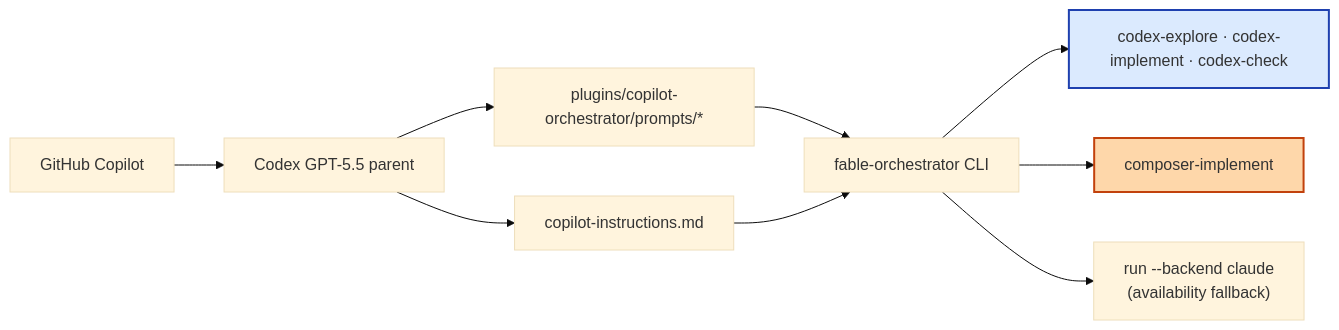
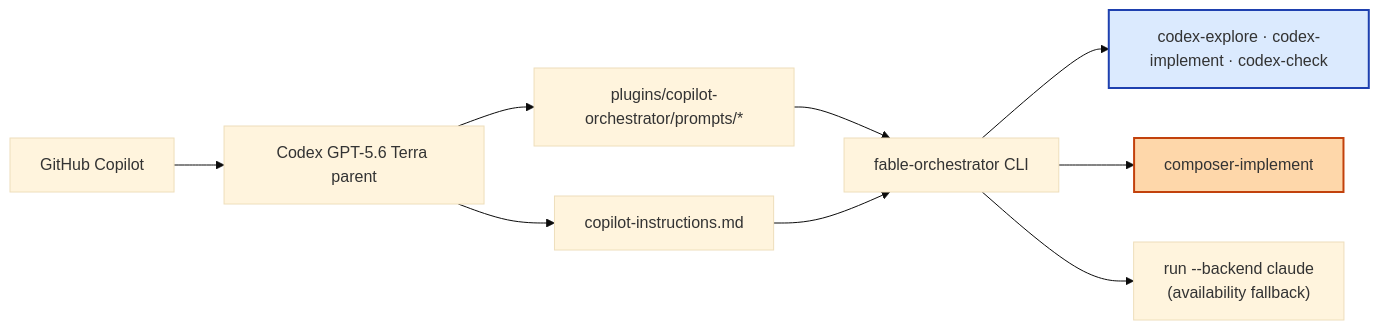
The fifth of 6 diagrams in docs/diagrams/harness-overview.mermaid.md (andysolomon/arc-orchestrator), drawn with Mermaid (base theme) before and after one commit. The commit also changed other lines of this file and 41 other files, not shown here.

````diff
--- a/docs/diagrams/harness-overview.mermaid.md
+++ b/docs/diagrams/harness-overview.mermaid.md
@@ -156,16 +156,16 @@
 ```mermaid
 flowchart LR
-    Copilot["GitHub Copilot"] --> CodexP["Codex GPT-5.5 parent"]
+    Copilot["GitHub Copilot"] --> CodexP["Codex GPT-5.6 Terra parent"]
     CodexP --> Prompts["plugins/copilot-orchestrator/prompts/*"]
     CodexP --> Instructions["copilot-instructions.md"]
     Prompts --> Runner["fable-orchestrator CLI"]
     Instructions --> Runner
     Runner --> CodexW["codex-explore · codex-implement · codex-check"]
     Runner --> ComposerW["composer-implement"]
     Runner --> ClaudeBE["run --backend claude<br/>(availability fallback)"]
 
     classDef readonly fill:#dbeafe,stroke:#1e40af,stroke-width:2px;
     classDef write fill:#fed7aa,stroke:#c2410c,stroke-width:2px;
     class CodexW readonly;
     class ComposerW write;
 ```
````
